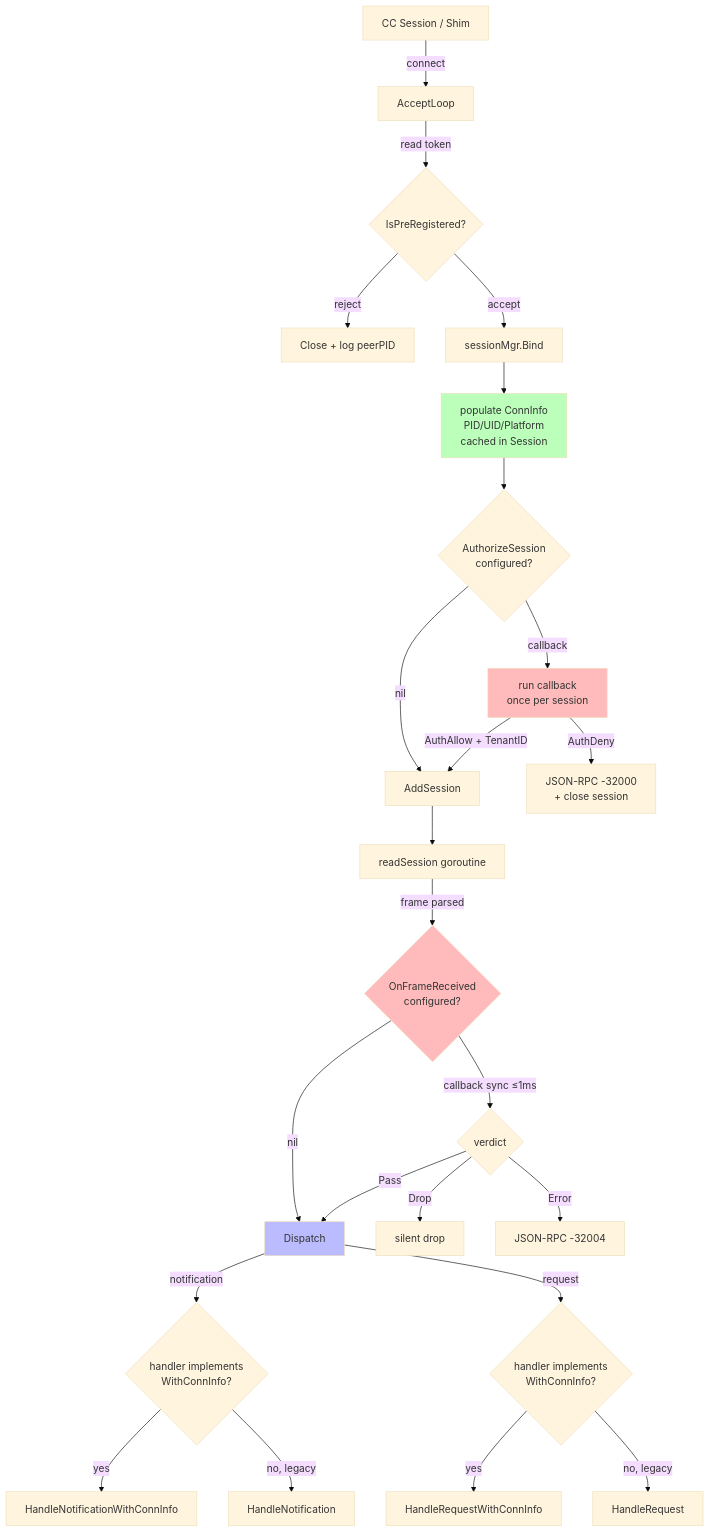
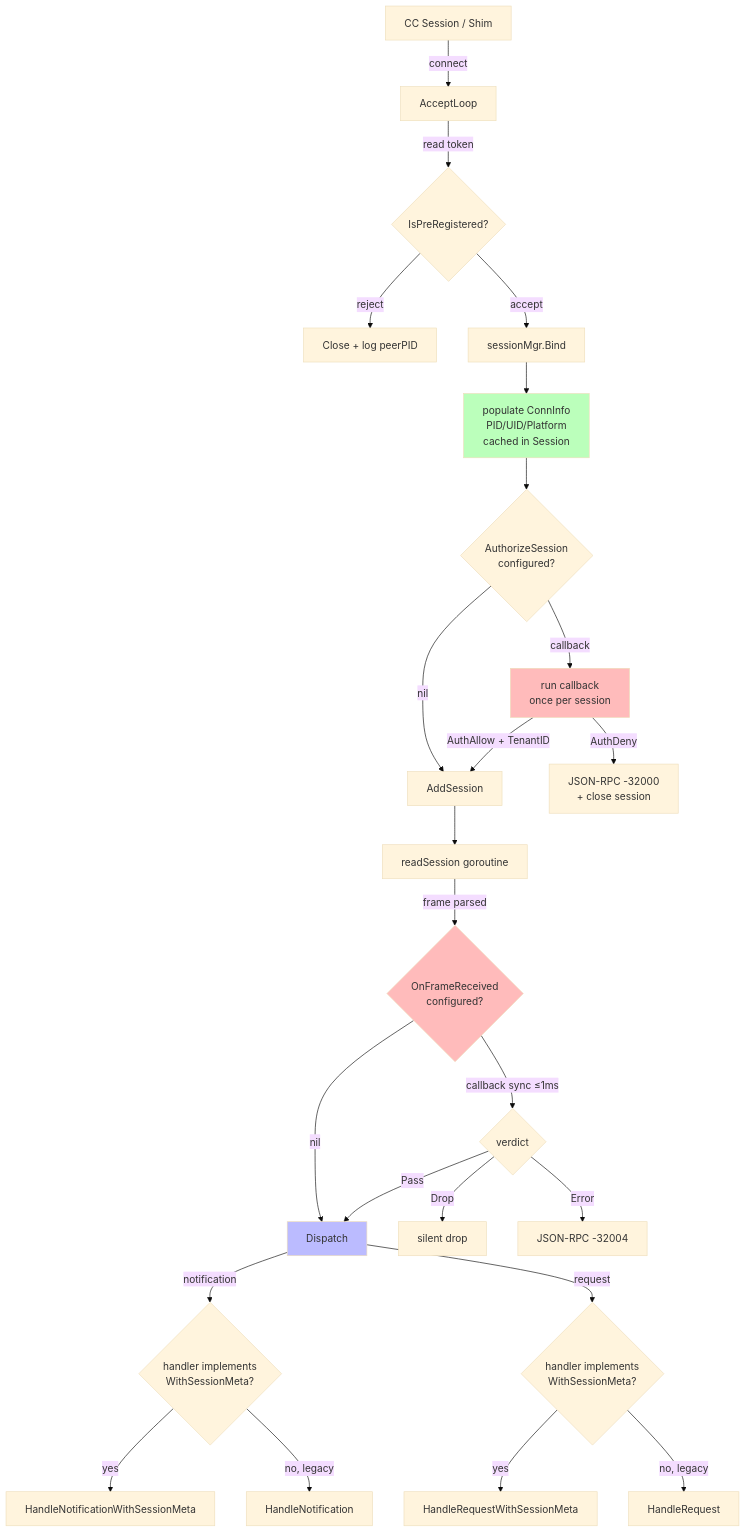
Before and after one commit to thebtf/mcp-mux: the diagram in .agent/specs/muxcore-multi-tenant-extensions/architecture.md, drawn with Mermaid (base theme). The commit also changed other lines of this file and 7 other files, not shown here.

````diff
--- a/.agent/specs/muxcore-multi-tenant-extensions/architecture.md
+++ b/.agent/specs/muxcore-multi-tenant-extensions/architecture.md
@@ -14,34 +14,34 @@
 ```mermaid
 graph TD
     Client[CC Session / Shim] -->|connect| AcceptLoop
     AcceptLoop -->|read token| TokenCheck{IsPreRegistered?}
     TokenCheck -->|reject| Drop[Close + log peerPID]
     TokenCheck -->|accept| Bind[sessionMgr.Bind]
     Bind --> ConnInfoPopulate[populate ConnInfo<br/>PID/UID/Platform<br/>cached in Session]
     ConnInfoPopulate --> AuthGate{AuthorizeSession<br/>configured?}
     AuthGate -->|nil| AddSession
     AuthGate -->|callback| Authorize[run callback<br/>once per session]
     Authorize -->|AuthAllow + TenantID| AddSession
     Authorize -->|AuthDeny| WriteError[JSON-RPC -32000<br/>+ close session]
     AddSession --> ReadLoop[readSession goroutine]
 
     ReadLoop -->|frame parsed| FrameHook{OnFrameReceived<br/>configured?}
     FrameHook -->|nil| Dispatch
     FrameHook -->|callback sync ≤1ms| Verdict{verdict}
     Verdict -->|Pass| Dispatch
     Verdict -->|Drop| Discard[silent drop]
     Verdict -->|Error| Resp32004[JSON-RPC -32004]
 
-    Dispatch -->|notification| NotifPath{handler implements<br/>WithConnInfo?}
-    NotifPath -->|yes| HandleNotificationWithConnInfo
+    Dispatch -->|notification| NotifPath{handler implements<br/>WithSessionMeta?}
+    NotifPath -->|yes| HandleNotificationWithSessionMeta
     NotifPath -->|no, legacy| HandleNotification
 
-    Dispatch -->|request| ReqPath{handler implements<br/>WithConnInfo?}
-    ReqPath -->|yes| HandleRequestWithConnInfo
+    Dispatch -->|request| ReqPath{handler implements<br/>WithSessionMeta?}
+    ReqPath -->|yes| HandleRequestWithSessionMeta
     ReqPath -->|no, legacy| HandleRequest
 
     style Authorize fill:#fbb
     style FrameHook fill:#fbb
     style ConnInfoPopulate fill:#bfb
     style Dispatch fill:#bbf
 ```
````
